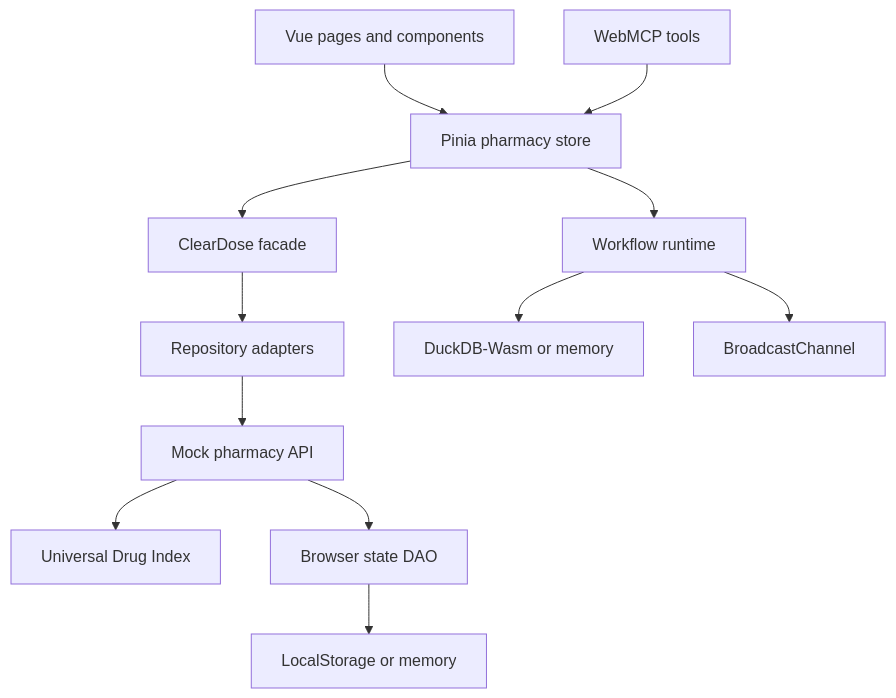
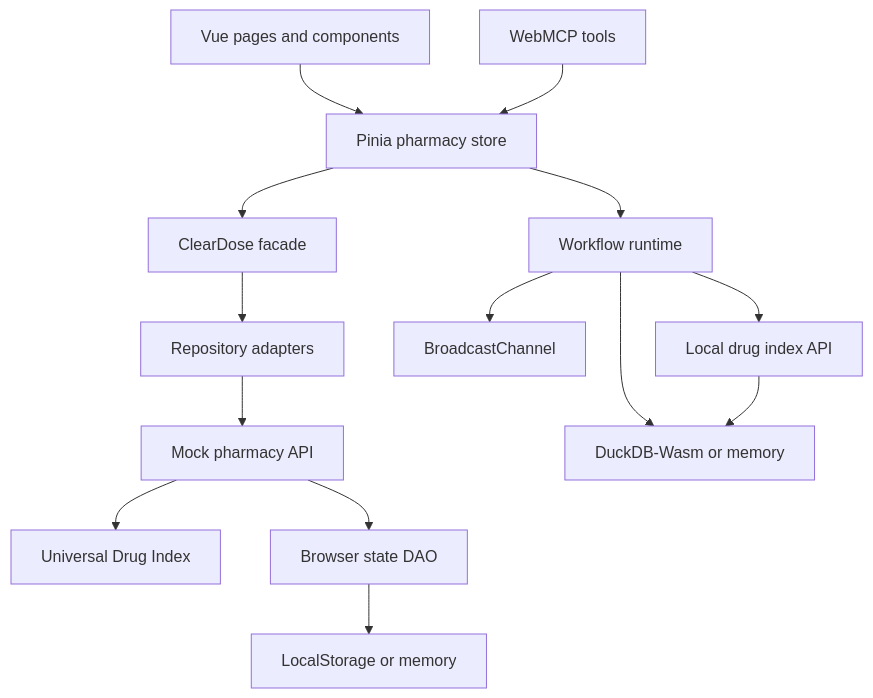
Before and after one commit to bclonan/cleardose: the diagram in docs/ARCHITECTURE.md, drawn with Mermaid. The commit also changed other lines of this file and 55 other files, not shown here.

````diff
--- a/docs/ARCHITECTURE.md
+++ b/docs/ARCHITECTURE.md
@@ -3,14 +3,16 @@
 ```mermaid
 flowchart TD
   UI[Vue pages and components] --> Store[Pinia pharmacy store]
   Tools[WebMCP tools] --> Store
   Store --> Facade[ClearDose facade]
   Store --> Runtime[Workflow runtime]
   Facade --> Repos[Repository adapters]
   Repos --> API[Mock pharmacy API]
   API --> UDI[Universal Drug Index]
   API --> DAO[Browser state DAO]
   DAO --> Storage[LocalStorage or memory]
   Runtime --> FlowDB[DuckDB-Wasm or memory]
   Runtime --> Channel[BroadcastChannel]
+  Runtime --> LocalAPI[Local drug index API]
+  LocalAPI --> FlowDB
 ```
````
